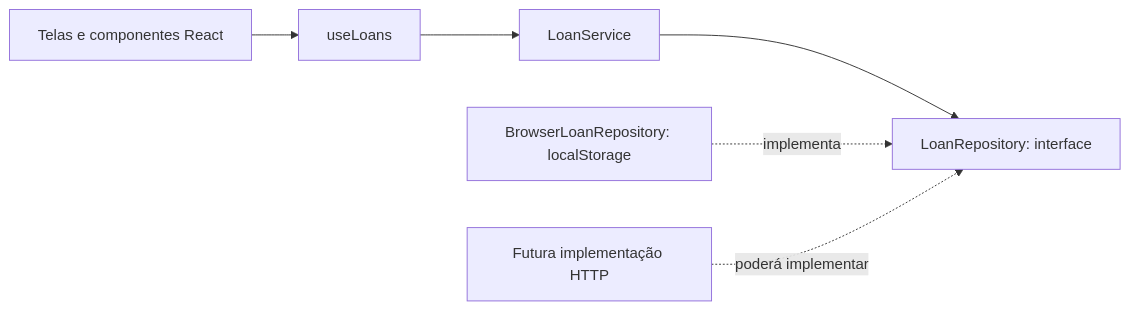
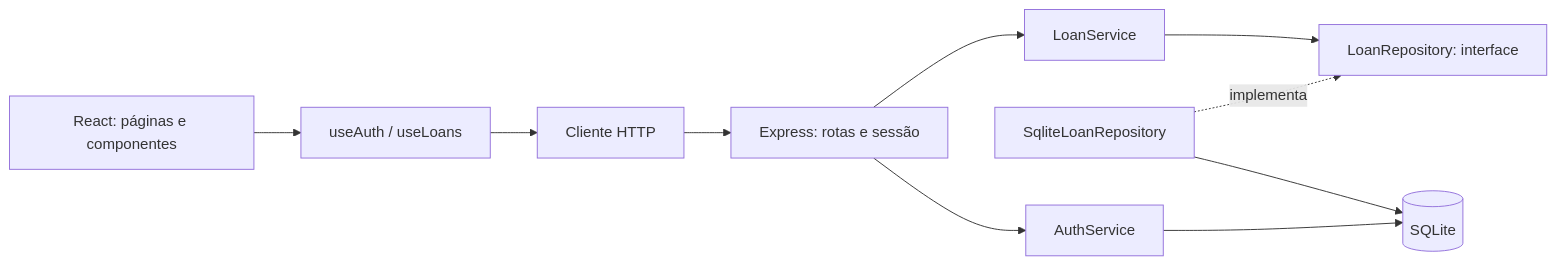
The diagram in docs/ARQUITETURA.md (YodoKKJ/Protipacao-com-IA-Alex), drawn with Mermaid before and after one commit. The commit also changed other lines of this file and 24 other files, not shown here.

Commit message:
Implementa backend com autenticação e persistência SQLite

````diff
--- a/docs/ARQUITETURA.md
+++ b/docs/ARQUITETURA.md
@@ -5,8 +3,12 @@
 ```mermaid
 flowchart LR
-  A[Telas e componentes React] --> B[useLoans]
-  B --> C[LoanService]
-  C --> D[LoanRepository: interface]
-  E[BrowserLoanRepository: localStorage] -. implementa .-> D
-  F[Futura implementação HTTP] -. poderá implementar .-> D
+  UI[React: páginas e componentes] --> Hook[useAuth / useLoans]
+  Hook --> Client[Cliente HTTP]
+  Client --> API[Express: rotas e sessão]
+  API --> Service[LoanService]
+  Service --> Contract[LoanRepository: interface]
+  Sqlite[SqliteLoanRepository] -. implementa .-> Contract
+  Sqlite --> DB[(SQLite)]
+  API --> Auth[AuthService]
+  Auth --> DB
 ```
````
